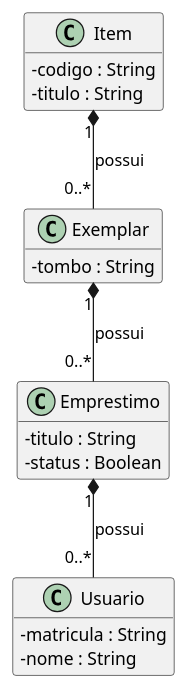
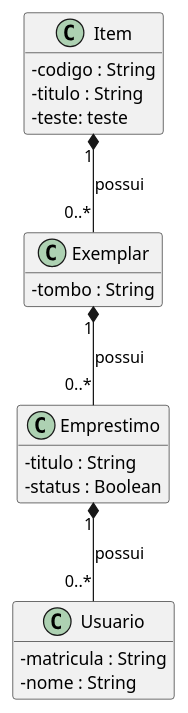
One commit to AntoniElae/POO-2026-2 changed the diagram in docs/modelo.puml. Above: the diagram before and after it, drawn with PlantUML.

```diff
--- a/docs/modelo.puml
+++ b/docs/modelo.puml
@@ -1,38 +1,39 @@
 @startuml
 ' Modelo de domínio do sistema: Entrega 1.
 '
 ' Este arquivo é o ponto de partida. Substitua pelo modelo da sua equipe.
 ' O diagrama precisa corresponder ao código entregue.
 '
 ' Para gerar a imagem: instale o plugin PlantUML no IntelliJ, ou use
 '   plantuml docs/modelo.puml
 ' e versione a imagem gerada ao lado deste arquivo.
 
 skinparam classAttributeIconSize 0
 hide empty members
 
 class Item {
   - codigo : String
   - titulo : String
+  - teste: teste
 }
 
 class Exemplar {
   - tombo : String
 }
 
 class Usuario {
   - matricula : String
   - nome : String
 }
 
 class Emprestimo {
   - titulo : String
   - status : Boolean
 }
 
 Item "1" *-- "0..*" Exemplar : possui
 Exemplar "1" *-- "0..*" Emprestimo : possui
 Emprestimo "1" *-- "0..*" Usuario : possui
 
 
 @enduml
```
